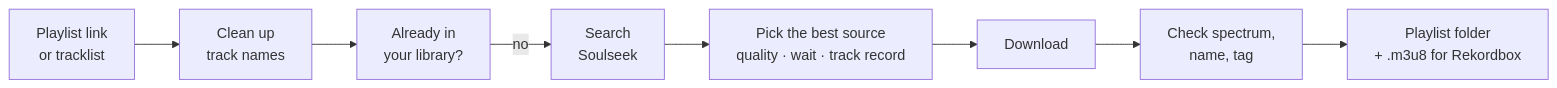
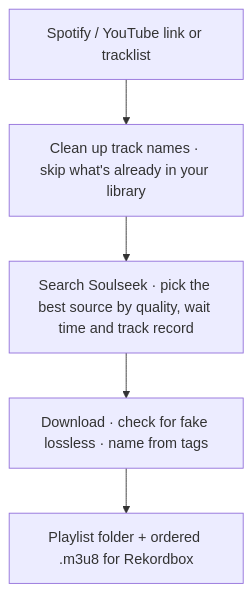
Before and after one commit to oguzsamsa/djpull: the diagram in README.md, drawn with Mermaid.

Commit message:
README: readable how-it-works diagram
Claude-Session: https://claude.ai/code/session_013U1KR6SBmoBye3Cz1M1ccB

````diff
--- a/README.md
+++ b/README.md
@@ -39,10 +39,7 @@
 ```mermaid
-flowchart LR
-  A["Playlist link<br/>or tracklist"] --> B["Clean up<br/>track names"]
-  B --> C["Already in<br/>your library?"]
-  C -- no --> D["Search<br/>Soulseek"]
-  D --> E["Pick the best source<br/>quality · wait · track record"]
-  E --> F["Download"]
-  F --> G["Check spectrum,<br/>name, tag"]
-  G --> H["Playlist folder<br/>+ .m3u8 for Rekordbox"]
+flowchart TD
+  A["Spotify / YouTube link or tracklist"] --> B["Clean up track names · skip what's already in your library"]
+  B --> C["Search Soulseek · pick the best source by quality, wait time and track record"]
+  C --> D["Download · check for fake lossless · name from tags"]
+  D --> E["Playlist folder + ordered .m3u8 for Rekordbox"]
 ```
````
